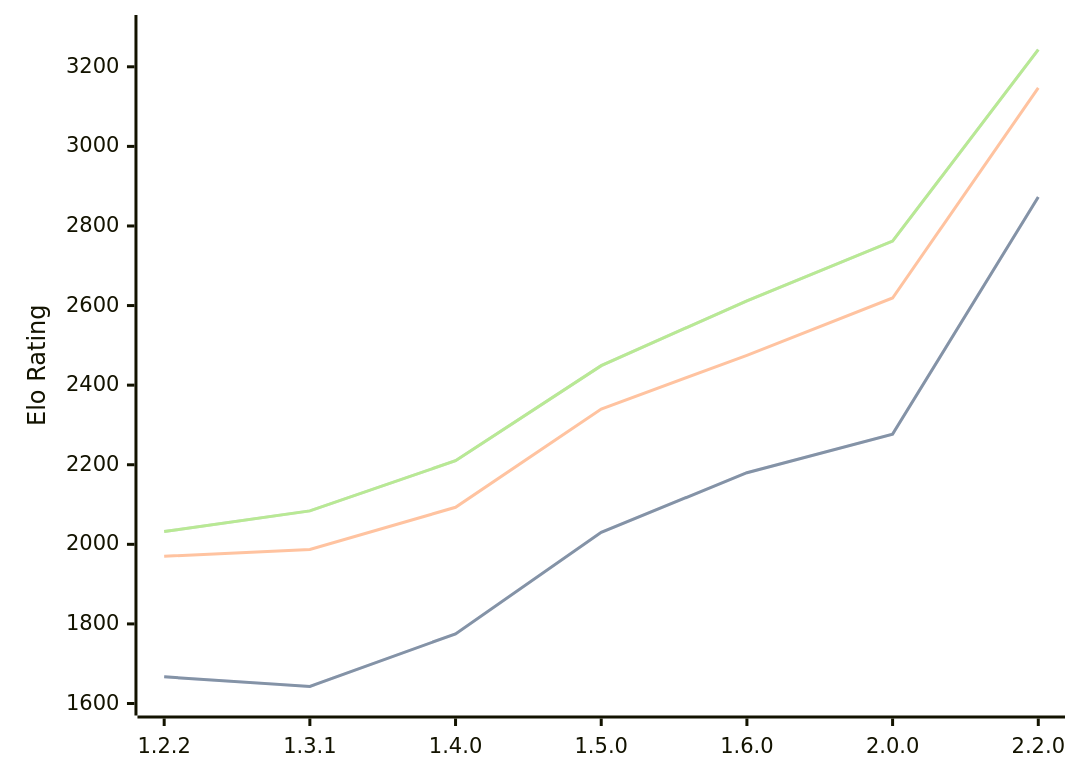
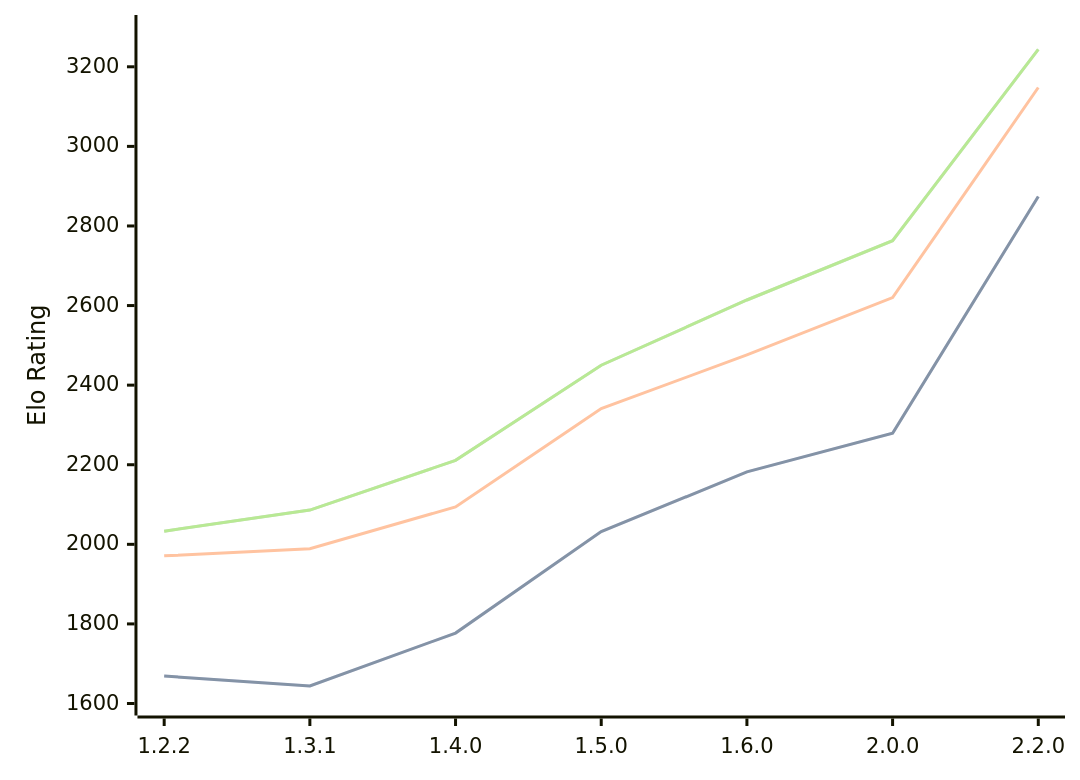
The diagram in engines/SoloEngine.md (computer-chess-index/cci), drawn with Mermaid before and after one commit. The commit also changed other lines of this file, not shown here.

Commit message:
Update CCI Ratings (ELO VLTC) - 2026-10-09

````diff
--- a/engines/SoloEngine.md
+++ b/engines/SoloEngine.md
@@ -38,11 +38,11 @@
 ```mermaid
 %%{init: {"theme":"base","themeVariables":{"seriesColors:['#a3a3a3','#222221','#faa371']}}}%%
 xychart-beta
   x-axis ["1.2.2", "1.3.1", "1.4.0", "1.5.0", "1.6.0", "2.0.0", "2.2.0"]
   y-axis "Elo Rating" 1600 --> 3300
-  line "" [1667, 1643, 1775, 2030, 2180, 2277, 2873]
-  line "STC (8.0+0.08s)" [1667, 1643, 1775, 2030, 2180, 2277, 2873]
-  line "LTC (60.0+0.60s)" [1970, 1987, 2093, 2340, 2475, 2619, 3147]
-  line "" [2032, 2084, 2210, 2449, 2612, 2762, 3243]
-  line "VLTC (2m24s+1.12s)" [2032, 2084, 2210, 2449, 2612, 2762, 3243]
+  line "" [1669, 1644, 1777, 2032, 2182, 2279, 2874]
+  line "STC (8.0+0.08s)" [1669, 1644, 1777, 2032, 2182, 2279, 2874]
+  line "LTC (60.0+0.60s)" [1971, 1989, 2094, 2341, 2476, 2620, 3148]
+  line "" [2033, 2086, 2211, 2450, 2614, 2763, 3244]
+  line "VLTC (2m24s+1.12s)" [2033, 2086, 2211, 2450, 2614, 2763, 3244]
 ```
````
